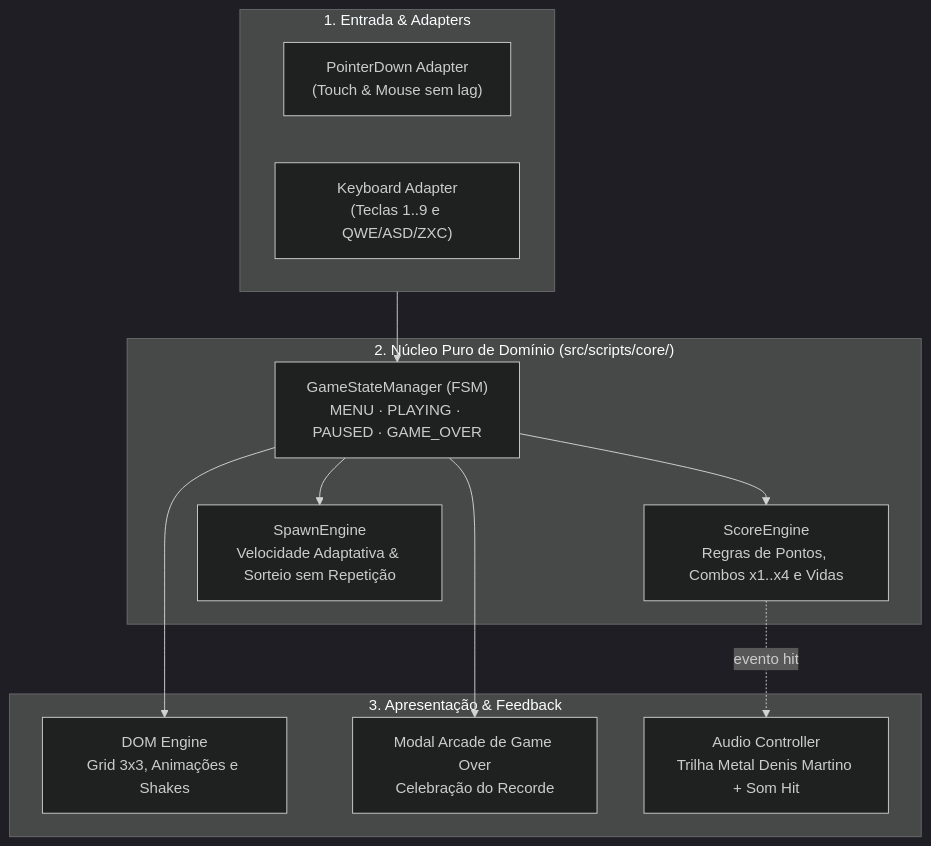
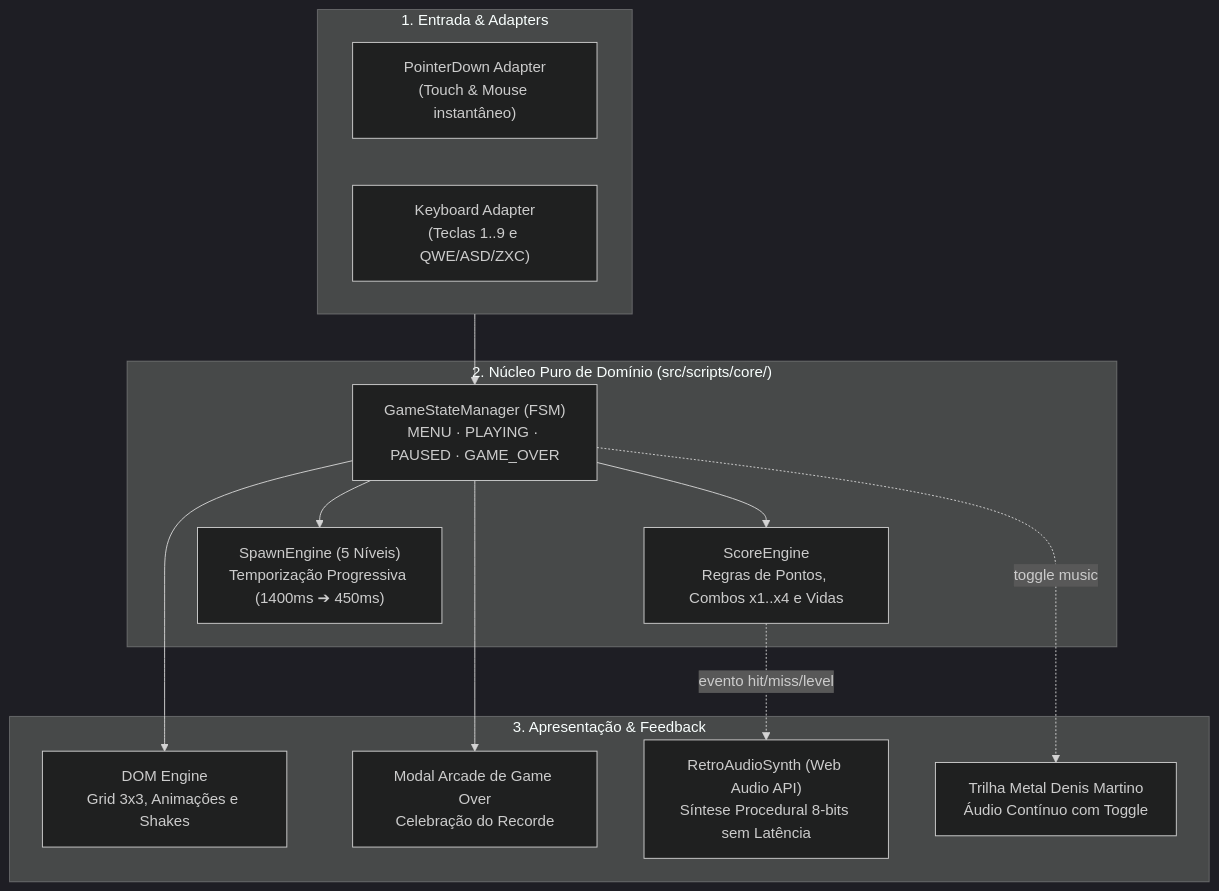
Before and after one commit to julianachavespalm/dante-dash: the first of 2 diagrams in README.md, drawn with Mermaid (dark theme). The commit also changed other lines of this file and 8 other files, not shown here.

Commit message:
feat(arcade): dock 8-bit dante marker buttons, web audio synth, 5 progressive levels, zero-lag preloading and fix horizontal scroll

````diff
--- a/README.md
+++ b/README.md
@@ -28,26 +28,28 @@
 ```mermaid
 flowchart TD
     subgraph INPUT["1. Entrada & Adapters"]
-        Pointer["PointerDown Adapter<br/>(Touch & Mouse sem lag)"]
+        Pointer["PointerDown Adapter<br/>(Touch & Mouse instantâneo)"]
         Keyboard["Keyboard Adapter<br/>(Teclas 1..9 e QWE/ASD/ZXC)"]
     end
 
     subgraph CORE["2. Núcleo Puro de Domínio (src/scripts/core/)"]
         FSM["GameStateManager (FSM)<br/>MENU · PLAYING · PAUSED · GAME_OVER"]
         Score["ScoreEngine<br/>Regras de Pontos, Combos x1..x4 e Vidas"]
-        Spawn["SpawnEngine<br/>Velocidade Adaptativa & Sorteio sem Repetição"]
+        Spawn["SpawnEngine (5 Níveis)<br/>Temporização Progressiva (1400ms ➔ 450ms)"]
     end
 
     subgraph PRESENTATION["3. Apresentação & Feedback"]
         DOM["DOM Engine<br/>Grid 3x3, Animações e Shakes"]
         Modal["Modal Arcade de Game Over<br/>Celebração do Recorde"]
-        AudioEng["Audio Controller<br/>Trilha Metal Denis Martino + Som Hit"]
+        Synth["RetroAudioSynth (Web Audio API)<br/>Síntese Procedural 8-bits sem Latência"]
+        BGMusic["Trilha Metal Denis Martino<br/>Áudio Contínuo com Toggle"]
     end
 
     INPUT --> FSM
     FSM --> Score
     FSM --> Spawn
     FSM --> DOM
     FSM --> Modal
-    Score -.evento hit.-> AudioEng
+    Score -.evento hit/miss/level.-> Synth
+    FSM -.toggle music.-> BGMusic
 ```
````
